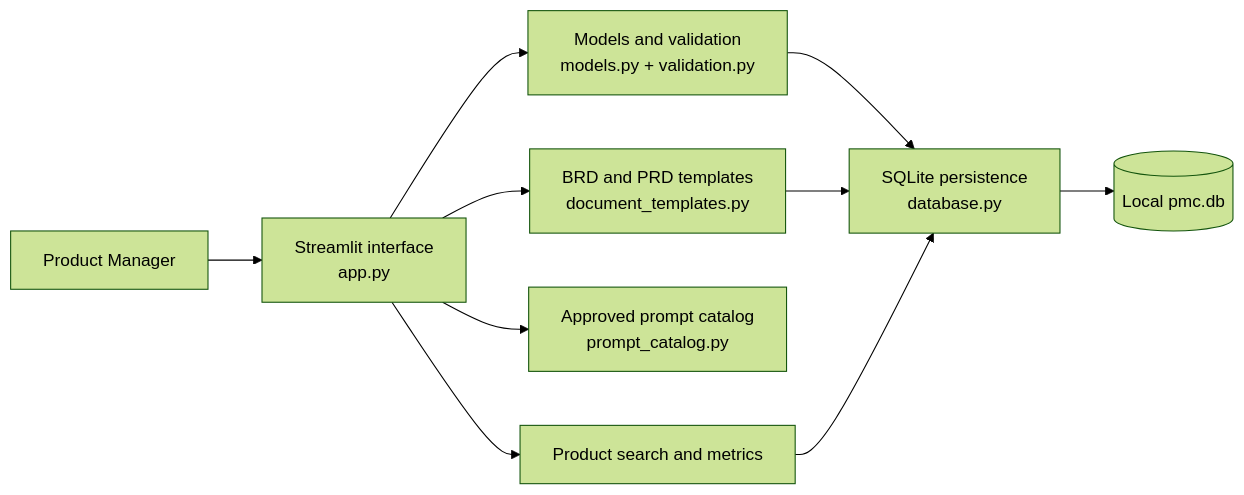
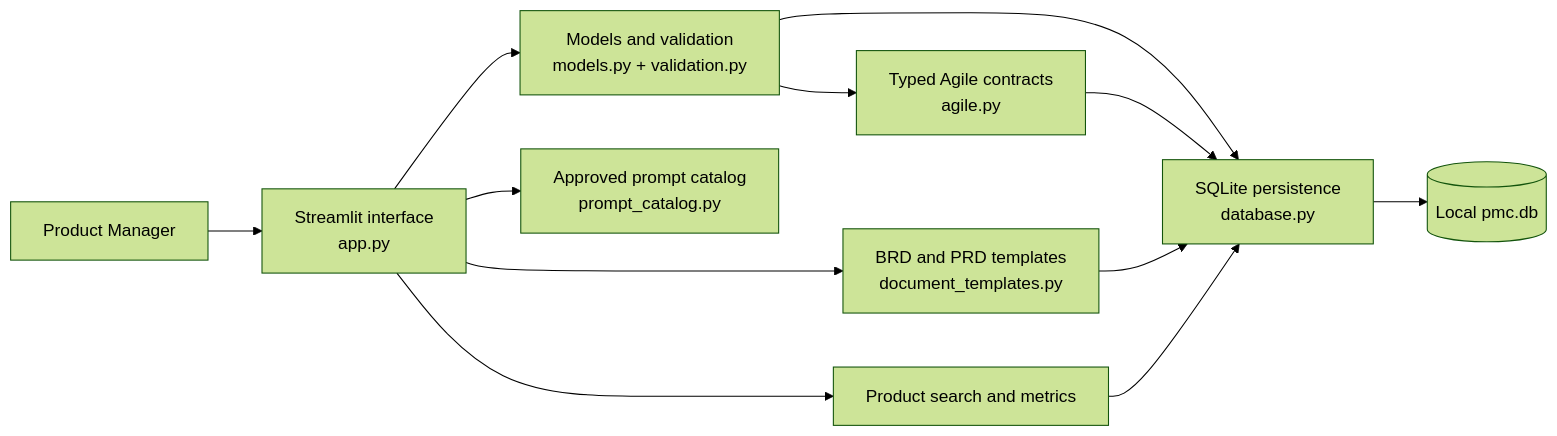
Before and after one commit to Celso-PM-AI/product-manager-central: the first of 3 diagrams in docs/ARCHITECTURE.md, drawn with Mermaid (forest theme). The commit also changed other lines of this file and 8 other files, not shown here.

````diff
--- a/docs/ARCHITECTURE.md
+++ b/docs/ARCHITECTURE.md
@@ -9,12 +11,14 @@
 ```mermaid
 flowchart LR
     PM[Product Manager] --> UI[Streamlit interface<br/>app.py]
     UI --> CORE[Models and validation<br/>models.py + validation.py]
+    CORE --> AGILE[Typed Agile contracts<br/>agile.py]
     UI --> DOCS[BRD and PRD templates<br/>document_templates.py]
     UI --> PROMPTS[Approved prompt catalog<br/>prompt_catalog.py]
     CORE --> DB[SQLite persistence<br/>database.py]
+    AGILE --> DB
     DOCS --> DB
     DB --> LOCAL[(Local pmc.db)]
     UI --> SEARCH[Product search and metrics]
     SEARCH --> DB
 ```
````
